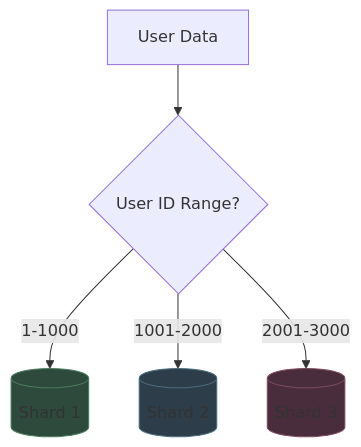
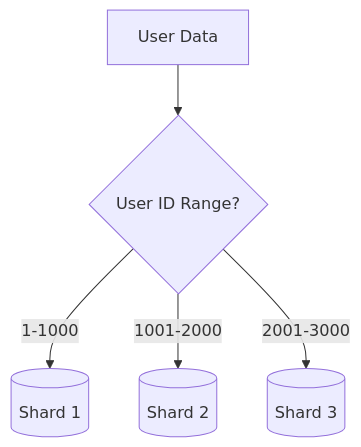
Diagram 15 of 19 in system design beginner/7. Scaling Databases.md (Yash-Kavaiya/The-System-Design-Masterclass), drawn with Mermaid before and after one commit. The commit also changed other lines of this file, not shown here.

````diff
--- a/system design beginner/7. Scaling Databases.md
+++ b/system design beginner/7. Scaling Databases.md
@@ -480,14 +434,11 @@
 ```mermaid
 graph TB
     DATA[User Data]
     
     DATA --> RULE{User ID Range?}
     
     RULE -->|1-1000| S1[(Shard 1)]
     RULE -->|1001-2000| S2[(Shard 2)]
     RULE -->|2001-3000| S3[(Shard 3)]
     
-    style S1 fill:#2d4a3c,stroke:#4a7c5c
-    style S2 fill:#2d3d4a,stroke:#4a6d7c
-    style S3 fill:#4a2d3c,stroke:#7c4a5c
 ```
````
